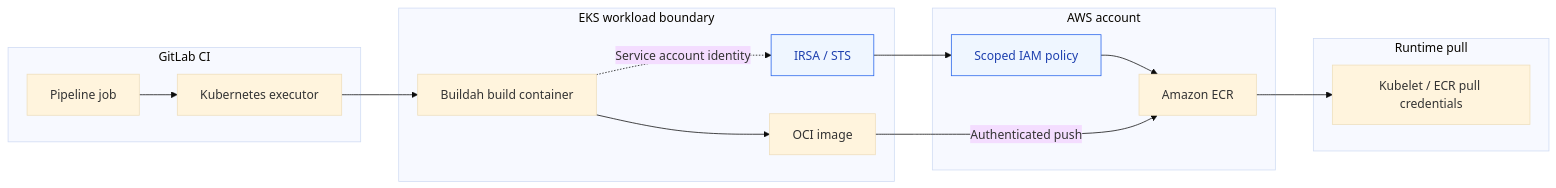
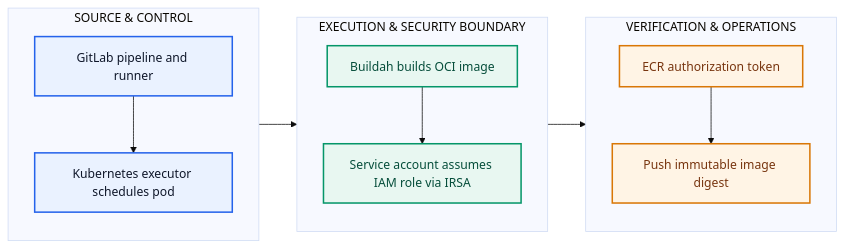
Before and after one commit to platform-engineering-labz/platform-engineering: the diagram in engineering-reference/guides/gitlab/kubernetes-runner-buildah-ecr/diagram.mmd, drawn with Mermaid (base theme). The commit also changed 3 other files, not shown here.

Commit message:
docs: redesign four core architecture diagrams with labeled boundaries

```diff
--- a/engineering-reference/guides/gitlab/kubernetes-runner-buildah-ecr/diagram.mmd
+++ b/engineering-reference/guides/gitlab/kubernetes-runner-buildah-ecr/diagram.mmd
@@ -1,19 +1,21 @@
 flowchart LR
-  subgraph GITLAB["GitLab CI"]
-    A["Pipeline job"] --> B["Kubernetes executor"]
+  subgraph S0["SOURCE & CONTROL"]
+    direction TB
+    N0["GitLab pipeline and runner"] --> N1["Kubernetes executor schedules pod"]
   end
-  subgraph EKS["EKS workload boundary"]
-    B --> C["Buildah build container"]
-    C --> D["OCI image"]
-    C -. "Service account identity" .-> E["IRSA / STS"]
+  subgraph S1["EXECUTION & SECURITY BOUNDARY"]
+    direction TB
+    N2["Buildah builds OCI image"] --> N3["Service account assumes IAM role via IRSA"]
   end
-  subgraph AWS["AWS account"]
-    E --> F["Scoped IAM policy"]
-    F --> G["Amazon ECR"]
-    D -->|"Authenticated push"| G
+  N1 --> N2
+  subgraph S2["VERIFICATION & OPERATIONS"]
+    direction TB
+    N4["ECR authorization token"] --> N5["Push immutable image digest"]
   end
-  subgraph DEPLOY["Runtime pull"]
-    G --> H["Kubelet / ECR pull credentials"]
-  end
-  classDef identity fill:#eff6ff,stroke:#2563eb,color:#1e40af
-  class E,F identity
+  N3 --> N4
+  classDef blue fill:#EAF2FF,stroke:#2563EB,stroke-width:2px,color:#0F172A
+  classDef green fill:#E8F7F1,stroke:#059669,stroke-width:2px,color:#064E3B
+  classDef amber fill:#FFF4E5,stroke:#D97706,stroke-width:2px,color:#78350F
+  class N0,N1 blue
+  class N2,N3 green
+  class N4,N5 amber
```
